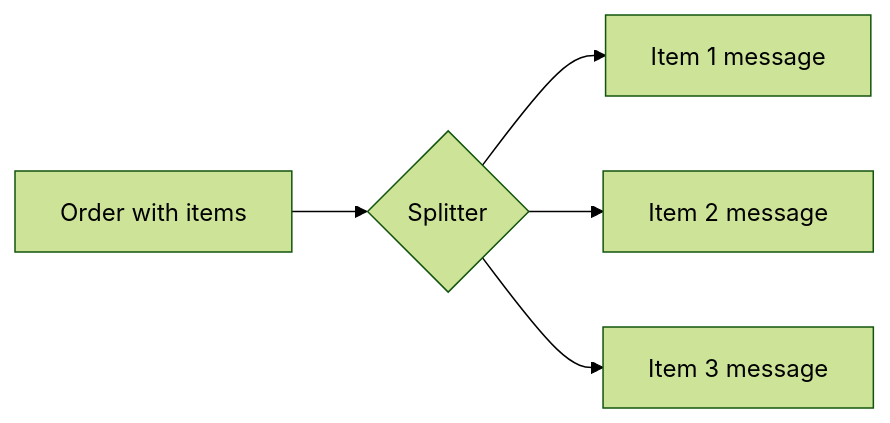
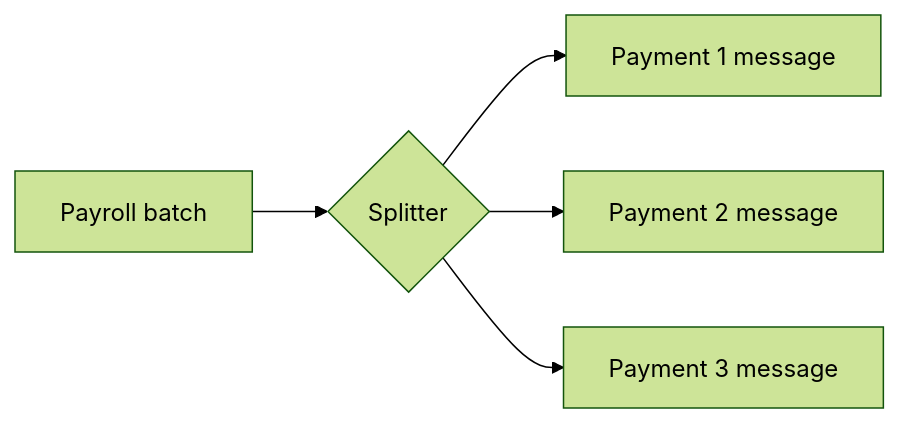
One commit to alancesar/design-patterns changed the diagram in i18n/en/docusaurus-plugin-content-docs/current/architecture/eip/message-routing/splitter.md. Above: the diagram before and after it, drawn with Mermaid (forest theme). The commit also changed other lines of this file and 11 other files, not shown here.

Commit message:
Switch eip concrete diagrams to fintech scenarios

````diff
--- a/i18n/en/docusaurus-plugin-content-docs/current/architecture/eip/message-routing/splitter.md
+++ b/i18n/en/docusaurus-plugin-content-docs/current/architecture/eip/message-routing/splitter.md
@@ -52,7 +52,7 @@
 ```mermaid
 flowchart LR
-    M["Order with items"] --> S{"Splitter"}
-    S --> I1["Item 1 message"]
-    S --> I2["Item 2 message"]
-    S --> I3["Item 3 message"]
+    M["Payroll batch"] --> S{"Splitter"}
+    S --> I1["Payment 1 message"]
+    S --> I2["Payment 2 message"]
+    S --> I3["Payment 3 message"]
 ```
````
